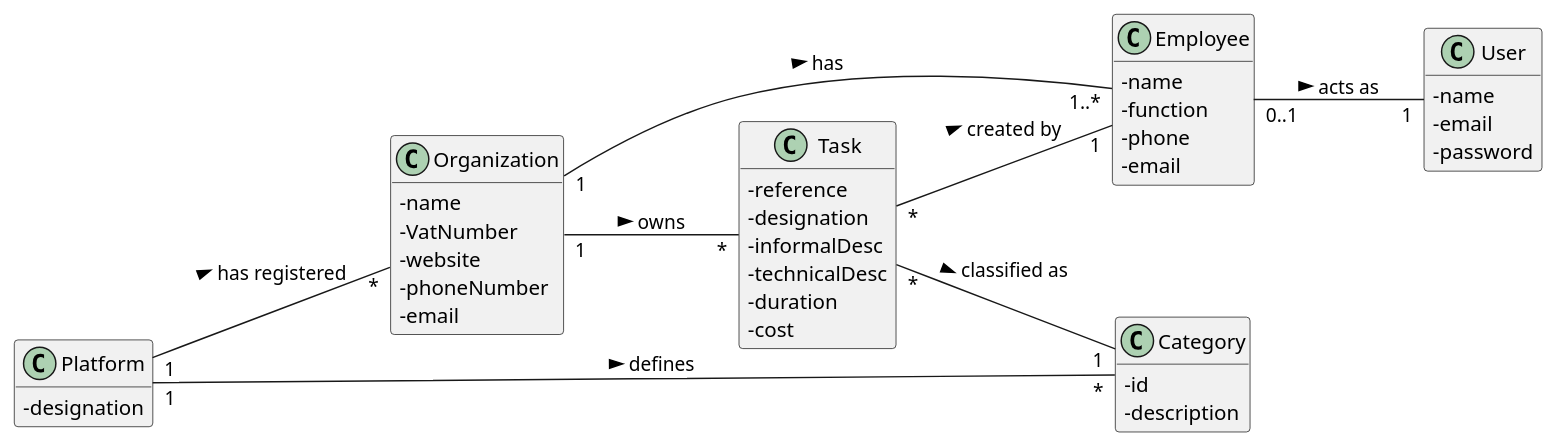
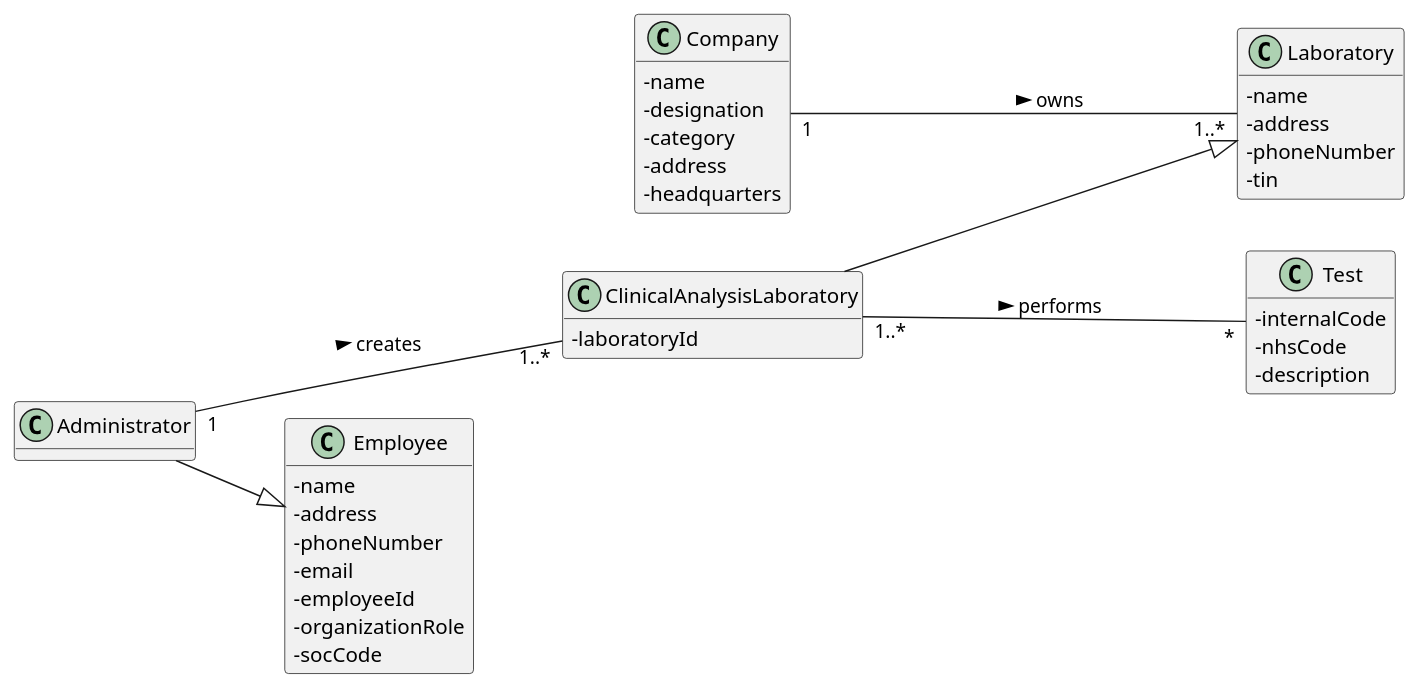
Before and after one commit to manu-07-ela/LAPR2_ISEP: the diagram in docs/SprintB/US08/US08_MD.puml, drawn with PlantUML. The commit also changed 5 other files, not shown here.

```diff
--- a/docs/SprintB/US08/US08_MD.puml
+++ b/docs/SprintB/US08/US08_MD.puml
@@ -1,56 +1,55 @@
 @startuml
 hide methods
 left to right direction
 skinparam classAttributeIconSize 0
 
 
-class Platform {
-  -designation
+class Test{
+-internalCode
+-nhsCode
+-description
 }
 
-class Organization {
-  -name
-  -VatNumber
-  -website
-  -phoneNumber
-  -email
+class Company{
+-name
+-designation
+-category
+-address
+-headquarters
 }
 
-class Task {
-  -reference
-  -designation
-  -informalDesc
-  -technicalDesc
-  -duration
-  -cost
+class Laboratory {
+  -name
+  -address
+  -phoneNumber
+  -tin
 }
 
-class Category {
-  -id
-  -description
+class ClinicalAnalysisLaboratory {
+  -laboratoryId
 }
 
 class Employee {
   -name
-  -function
-  -phone
+  -address
+  -phoneNumber
   -email
+  -employeeId
+  -organizationRole
+  -socCode
 }
 
-class User {
-  -name
-  -email
-  -password
+
+class Administrator {
+
 }
 
-Platform "1" -- "*" Organization : has registered >
-Platform "1" -- "*" Category : defines >
-Organization "1" -- "1..*" Employee : has >
-Organization "1" -- "*" Task: owns >
-Task "*" -- "1" Employee: created by >
-Employee "0..1" -- "1" User: acts as >
-Task "*" -- "1" Category: classified as >
+Company "1"---- "1..*" Laboratory : owns >
+ClinicalAnalysisLaboratory ----|> Laboratory
+ClinicalAnalysisLaboratory "1..*"----"*" Test : performs >
+Administrator "1"---"1..*"ClinicalAnalysisLaboratory : creates >
+Administrator --|> Employee
 
 
 
 @enduml
```
